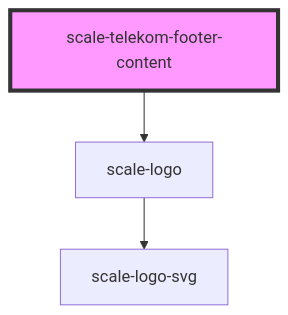
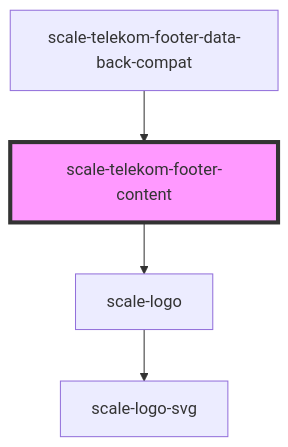
The diagram in packages/components/src/components/telekom/telekom-footer/readme.md (telekom/scale), drawn with Mermaid before and after one commit. The commit also changed other lines of this file and 6 other files, not shown here.

Commit message:
feat(footer-back-compat): add component

````diff
--- a/packages/components/src/components/telekom/telekom-footer/readme.md
+++ b/packages/components/src/components/telekom/telekom-footer/readme.md
@@ -27,6 +31,7 @@
 ```mermaid
 graph TD;
   scale-telekom-footer-content --> scale-logo
   scale-logo --> scale-logo-svg
+  scale-telekom-footer-data-back-compat --> scale-telekom-footer-content
   style scale-telekom-footer-content fill:#f9f,stroke:#333,stroke-width:4px
 ```
````
